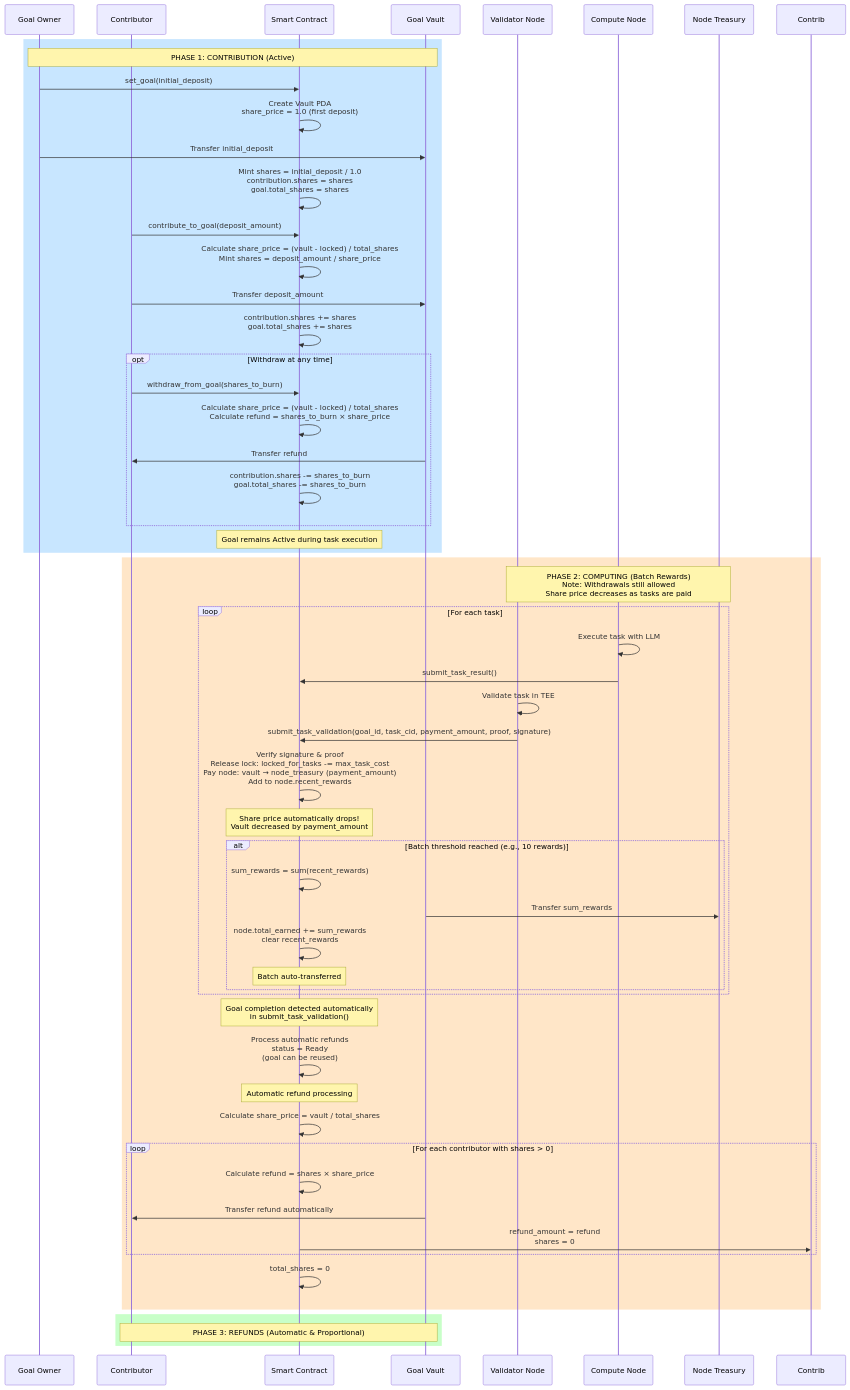
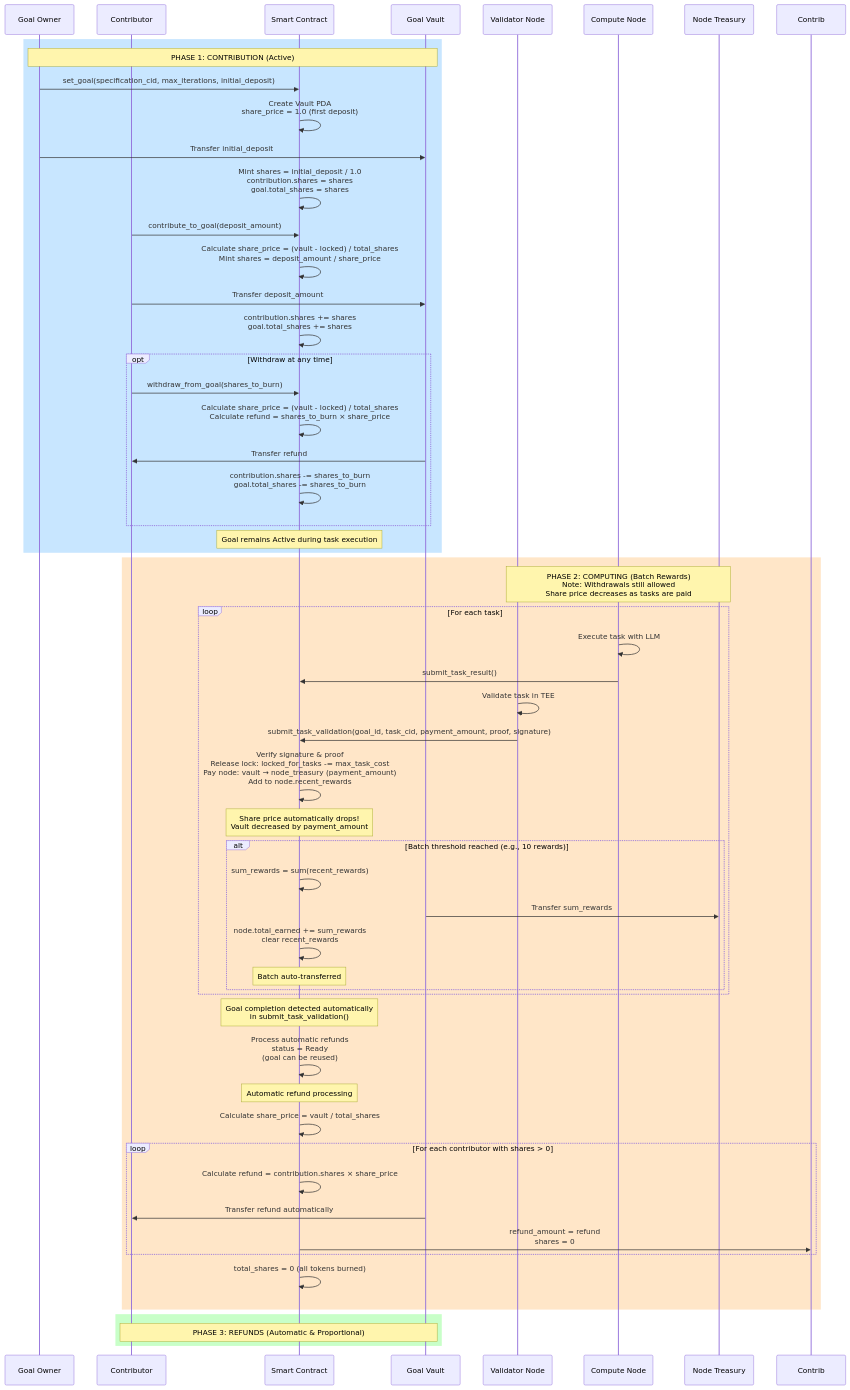
Diagram 12 of 13 in docs/design.md (JorgeCosta87/decentralized-autonomous-computing), drawn with Mermaid before and after one commit. The commit also changed other lines of this file and 1 other file, not shown here.

````diff
--- a/docs/design.md
+++ b/docs/design.md
@@ -625,75 +633,75 @@
 ```mermaid
 sequenceDiagram
     participant Owner as Goal Owner
     participant Contributor as Contributor
     participant DAC as Smart Contract
     participant Vault as Goal Vault
     participant VN as Validator Node
     participant CN as Compute Node
     participant NodeTreasury as Node Treasury
     
     rect rgb(200, 230, 255)
         Note over Owner,Vault: PHASE 1: CONTRIBUTION (Active)
         
-        Owner->>DAC: set_goal(initial_deposit)
+        Owner->>DAC: set_goal(specification_cid, max_iterations, initial_deposit)
         DAC->>DAC: Create Vault PDA<br/>share_price = 1.0 (first deposit)
         Owner->>Vault: Transfer initial_deposit
         DAC->>DAC: Mint shares = initial_deposit / 1.0<br/>contribution.shares = shares<br/>goal.total_shares = shares
         
         Contributor->>DAC: contribute_to_goal(deposit_amount)
         DAC->>DAC: Calculate share_price = (vault - locked) / total_shares<br/>Mint shares = deposit_amount / share_price
         Contributor->>Vault: Transfer deposit_amount
         DAC->>DAC: contribution.shares += shares<br/>goal.total_shares += shares
         
         opt Withdraw at any time
             Contributor->>DAC: withdraw_from_goal(shares_to_burn)
             DAC->>DAC: Calculate share_price = (vault - locked) / total_shares<br/>Calculate refund = shares_to_burn × share_price
             Vault->>Contributor: Transfer refund
             DAC->>DAC: contribution.shares -= shares_to_burn<br/>goal.total_shares -= shares_to_burn
         end
         
         Note over DAC: Goal remains Active during task execution
     end
     
     rect rgb(255, 230, 200)
         Note over VN,NodeTreasury: PHASE 2: COMPUTING (Batch Rewards)<br/>Note: Withdrawals still allowed<br/>Share price decreases as tasks are paid
         
         loop For each task
             CN->>CN: Execute task with LLM
             CN->>DAC: submit_task_result()
             
             VN->>VN: Validate task in TEE
             VN->>DAC: submit_task_validation(goal_id, task_cid, payment_amount, proof, signature)
             DAC->>DAC: Verify signature & proof<br/>Release lock: locked_for_tasks -= max_task_cost<br/>Pay node: vault → node_treasury (payment_amount)<br/>Add to node.recent_rewards
             
             Note over DAC: Share price automatically drops!<br/>Vault decreased by payment_amount
             
             alt Batch threshold reached (e.g., 10 rewards)
                 DAC->>DAC: sum_rewards = sum(recent_rewards)
                 Vault->>NodeTreasury: Transfer sum_rewards
                 DAC->>DAC: node.total_earned += sum_rewards<br/>clear recent_rewards
                 Note over DAC: Batch auto-transferred
             end
         end
         
         Note over DAC: Goal completion detected automatically<br/>in submit_task_validation()
         DAC->>DAC: Process automatic refunds<br/>status = Ready<br/>(goal can be reused)
         
         Note over DAC: Automatic refund processing
         
         DAC->>DAC: Calculate share_price = vault / total_shares
         
         loop For each contributor with shares > 0
-            DAC->>DAC: Calculate refund = shares × share_price
+            DAC->>DAC: Calculate refund = contribution.shares × share_price
             Vault->>Contributor: Transfer refund automatically
             DAC->>Contrib: refund_amount = refund<br/>shares = 0
         end
         
-        DAC->>DAC: total_shares = 0
+        DAC->>DAC: total_shares = 0 (all tokens burned)
         
     end
     
     rect rgb(200, 255, 200)
         Note over Contributor,Vault: PHASE 3: REFUNDS (Automatic & Proportional)
     end
 ```
````
